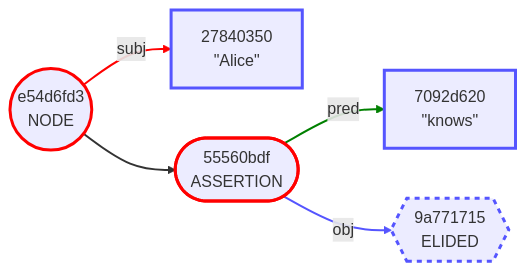
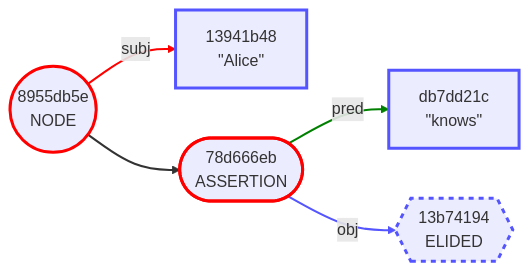
One commit to BlockchainCommons/Gordian changed the ninth of 26 diagrams in Envelope/OutputFormats.md. Above: the diagram before and after it, drawn with Mermaid. The commit also changed other lines of this file and 6 other files, not shown here.

````diff
--- a/Envelope/OutputFormats.md
+++ b/Envelope/OutputFormats.md
@@ -303,21 +347,21 @@
 ```mermaid
 graph LR
-    1(("e54d6fd3<br/>NODE"))
-    2["27840350<br/>#quot;Alice#quot;"]
-    3(["55560bdf<br/>ASSERTION"])
-    4["7092d620<br/>#quot;knows#quot;"]
-    5{{"9a771715<br/>ELIDED"}}
+    1(("8955db5e<br/>NODE"))
+    2["13941b48<br/>#quot;Alice#quot;"]
+    3(["78d666eb<br/>ASSERTION"])
+    4["db7dd21c<br/>#quot;knows#quot;"]
+    5{{"13b74194<br/>ELIDED"}}
     1 -->|subj| 2
     1 --> 3
     3 -->|pred| 4
     3 -->|obj| 5
     style 1 stroke:red,stroke-width:3.0px
     style 2 stroke:#55f,stroke-width:3.0px
     style 3 stroke:red,stroke-width:3.0px
     style 4 stroke:#55f,stroke-width:3.0px
     style 5 stroke:#55f,stroke-width:3.0px,stroke-dasharray:5.0 5.0
     linkStyle 0 stroke:red,stroke-width:2.0px
     linkStyle 1 stroke-width:2.0px
     linkStyle 2 stroke:green,stroke-width:2.0px
     linkStyle 3 stroke:#55f,stroke-width:2.0px
 ```
````
